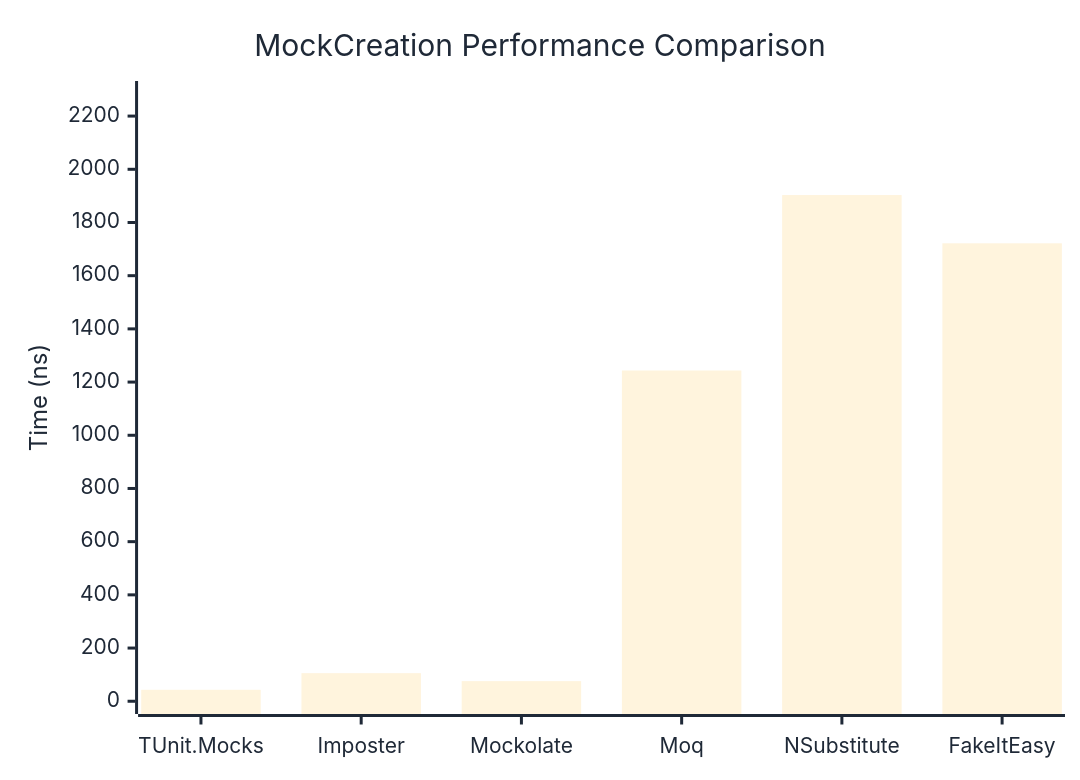
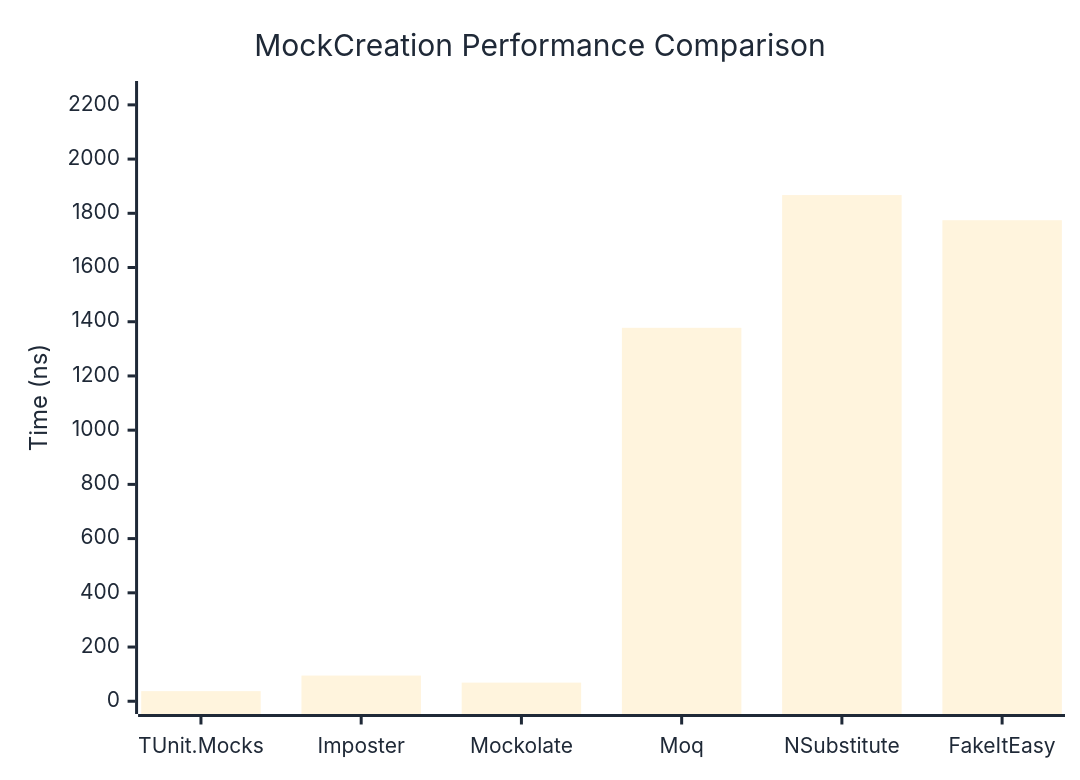
One commit to thomhurst/TUnit changed the first of 2 diagrams in docs/docs/benchmarks/mocks/MockCreation.md. Above: the diagram before and after it, drawn with Mermaid. The commit also changed other lines of this file and 14 other files, not shown here.

````diff
--- a/docs/docs/benchmarks/mocks/MockCreation.md
+++ b/docs/docs/benchmarks/mocks/MockCreation.md
@@ -28,27 +28,27 @@
 ```mermaid
 %%{init: {
   'theme':'base',
   'themeVariables': {
     'primaryColor': '#2563eb',
     'primaryTextColor': '#1f2937',
     'primaryBorderColor': '#1e40af',
     'lineColor': '#6b7280',
     'secondaryColor': '#7c3aed',
     'tertiaryColor': '#dc2626',
     'background': '#ffffff',
     'pie1': '#2563eb',
     'pie2': '#7c3aed',
     'pie3': '#dc2626',
     'pie4': '#f59e0b',
     'pie5': '#10b981',
     'pie6': '#06b6d4',
     'pie7': '#ec4899',
     'pie8': '#6366f1'
   }
 }}%%
 xychart-beta
   title "MockCreation Performance Comparison"
   x-axis ["TUnit.Mocks", "Imposter", "Mockolate", "Moq", "NSubstitute", "FakeItEasy"]
-  y-axis "Time (ns)" 0 --> 2284
-  bar [43.05, 105.64, 75.63, 1243.46, 1903.16, 1721.69]
+  y-axis "Time (ns)" 0 --> 2241
+  bar [37.32, 94.75, 68.77, 1377.57, 1867.26, 1774.46]
 ```
````
